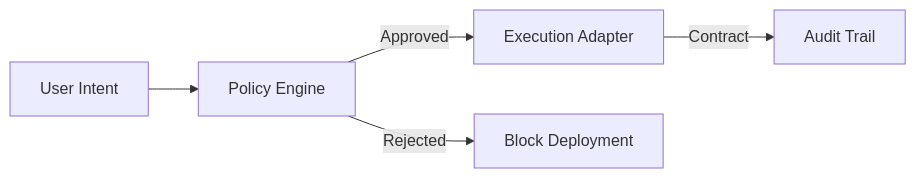
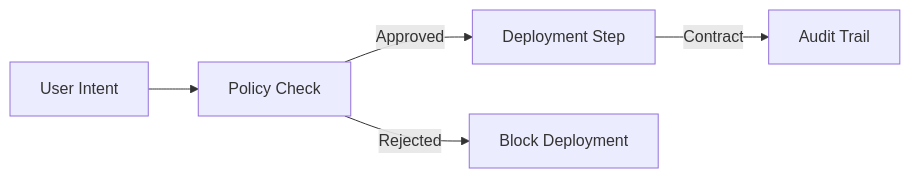
The diagram in docs/architecture/overview.md (glassops-platform/glassops), drawn with Mermaid before and after one commit. The commit also changed other lines of this file and 25 other files, not shown here.

````diff
--- a/docs/architecture/overview.md
+++ b/docs/architecture/overview.md
@@ -13,7 +13,7 @@
 ```mermaid
 graph LR
-    Intent[User Intent] --> Policy[Policy Engine]
-    Policy -->|Approved| Adapter[Execution Adapter]
-    Adapter -->|Contract| Audit[Audit Trail]
+    Intent[User Intent] --> Policy[Policy Check]
+    Policy -->|Approved| Exec[Deployment Step]
+    Exec -->|Contract| Audit[Audit Trail]
     Policy -->|Rejected| Block[Block Deployment]
 ```
````
